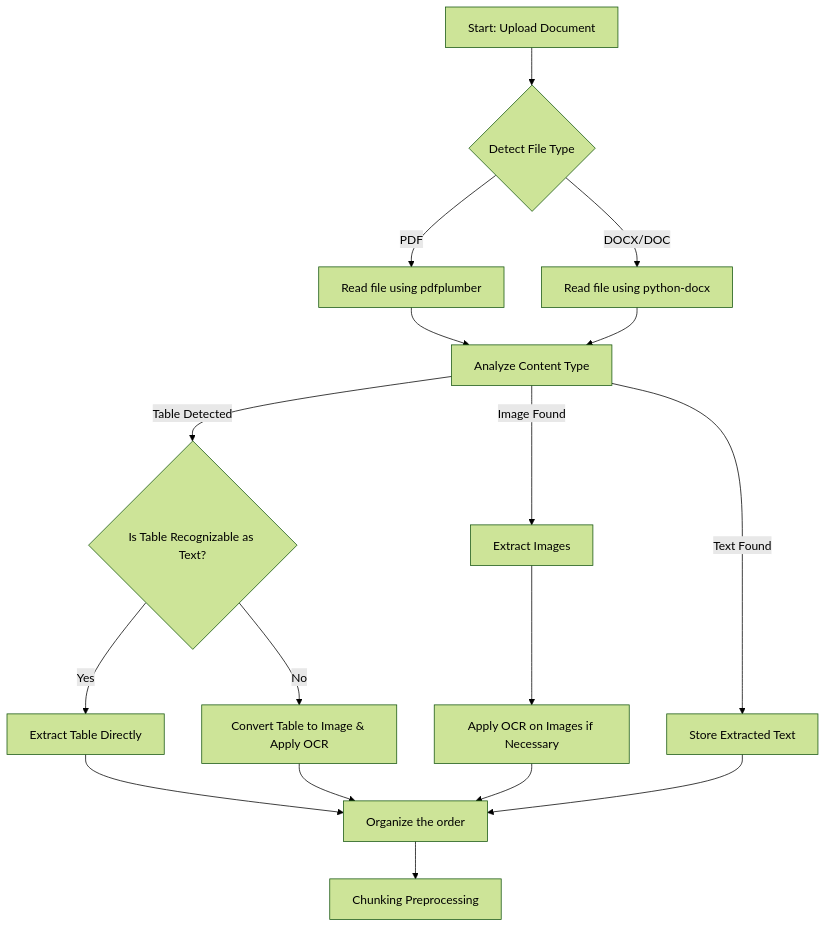
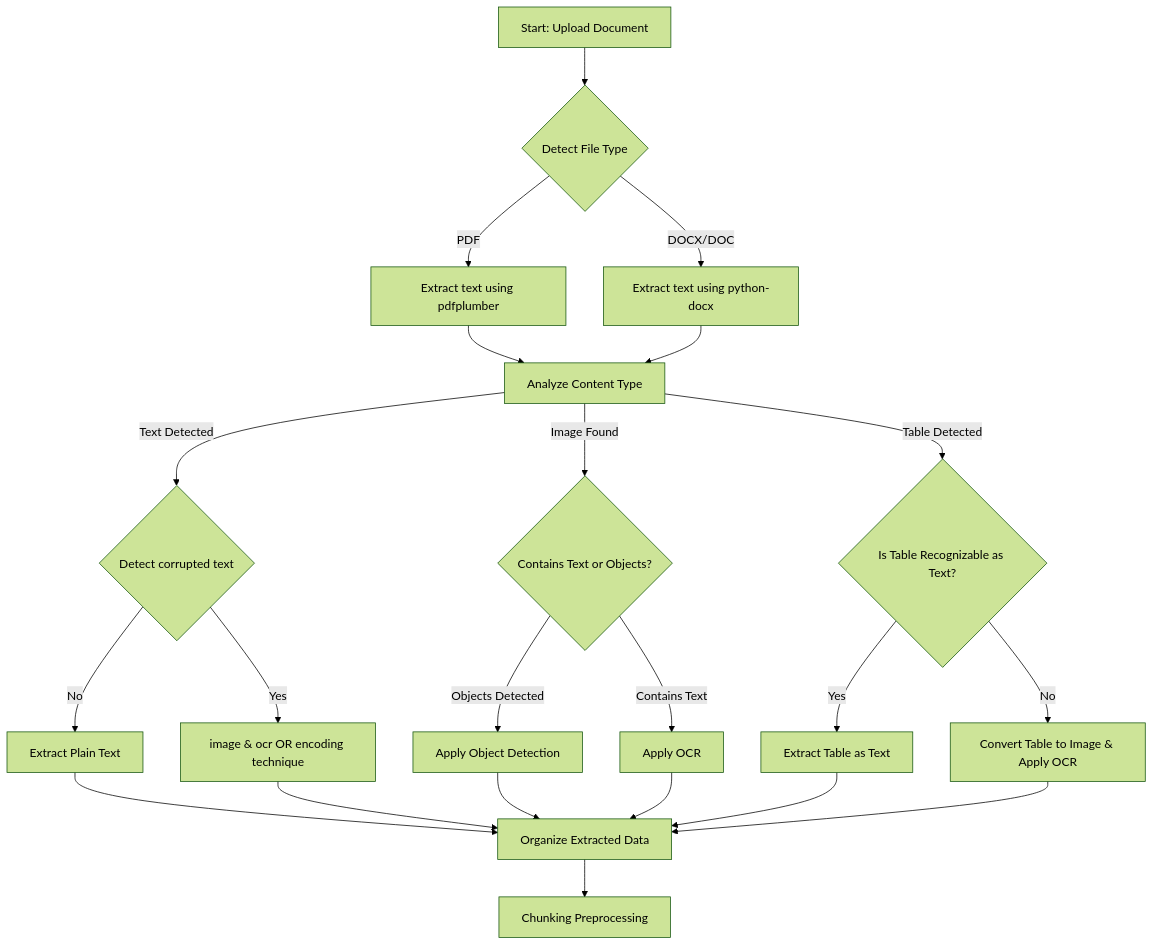
The first of 2 diagrams in PreprocessingIdea.md (VOX304/UniChatbot), drawn with Mermaid (forest theme) before and after one commit.

````diff
--- a/PreprocessingIdea.md
+++ b/PreprocessingIdea.md
@@ -4,27 +4,33 @@
 ```mermaid
 graph TD;
-A[Start: Upload Document] --> B{Detect File Type};
+  A[Start: Upload Document] --> B{Detect File Type};
 
-B -->|DOCX/DOC| C[Read file using python-docx];
-B -->|PDF| D[Read file using pdfplumber];
+  B -->|DOCX/DOC| C[Extract text using python-docx];
+  B -->|PDF| D[Extract text using pdfplumber];
 
-D --> E[Analyze Content Type];
-C --> E;
+  D --> E[Analyze Content Type];
+  C --> E;
 
-E -->|Text Found| F[Store Extracted Text];
-E -->|Table Detected| G{Is Table Recognizable as Text?};
-E -->|Image Found| H[Extract Images];
+  E -->|Text Detected| F{Detect corrupted text};
+  E -->|Table Detected| G{Is Table Recognizable as Text?};
+  E -->|Image Found| H{Contains Text or Objects?};
 
-G -->|Yes| I[Extract Table Directly];
-G -->|No| J[Convert Table to Image & Apply OCR];
+  F -->|No| F1[Extract Plain Text];
+  F -->|Yes| F2[image & ocr OR encoding technique];
+  F1 --> L;
+  F2 --> L;
 
-H --> K[Apply OCR on Images if Necessary];
+  H -->|Objects Detected| H1[Apply Object Detection];
+  H -->|Contains Text| H2[Apply OCR];
+  H1 --> L;
+  H2 --> L;
 
-I --> L[Organize the order];
-J --> L;
-K --> L;
-F --> L;
+  G -->|Yes| I[Extract Table as Text];
+  G -->|No| J[Convert Table to Image & Apply OCR];
 
-L --> M[Chunking Preprocessing];
+  I --> L[Organize Extracted Data];
+  J --> L;
+
+  L --> M[Chunking Preprocessing];
 
 ```
````
